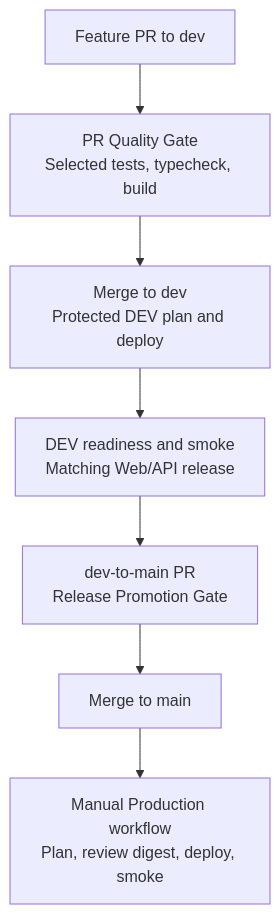
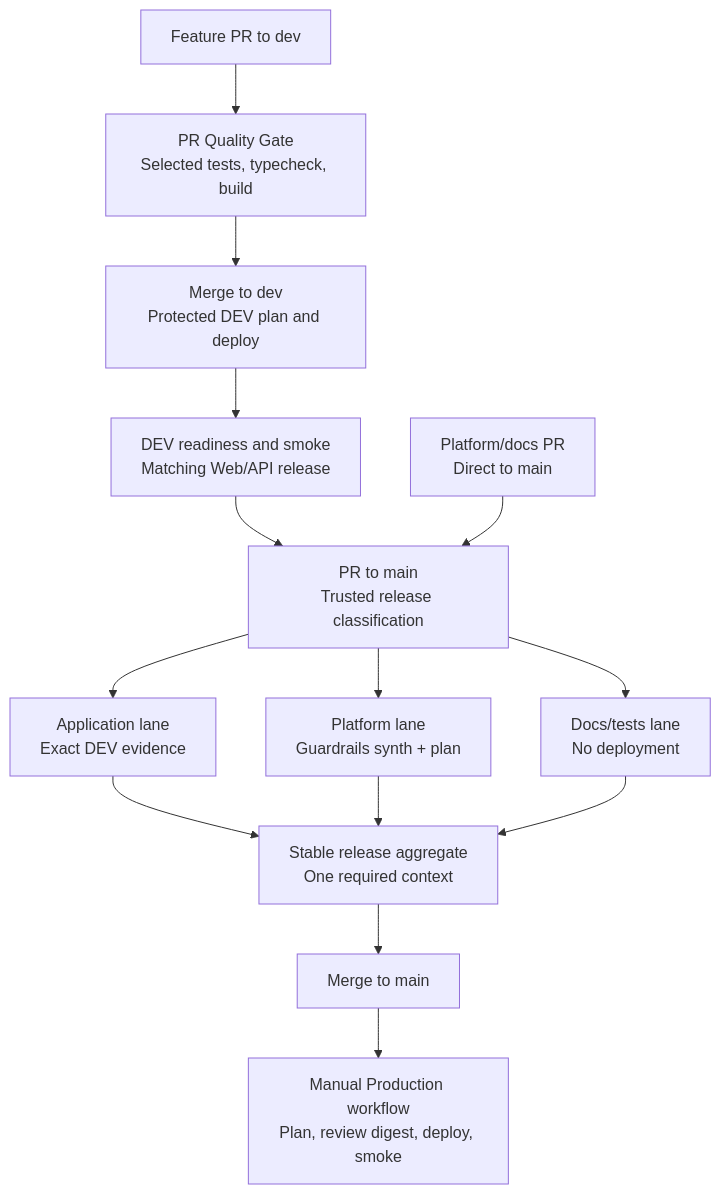
One commit to Shaobangzhu/chaoran-property-intelligence changed the third of 4 diagrams in README.md. Above: the diagram before and after it, drawn with Mermaid. The commit also changed other lines of this file and 9 other files, not shown here.

Commit message:
feat(ci): finalize release gate bootstrap and rollout policy

````diff
--- a/README.md
+++ b/README.md
@@ -246,12 +247,22 @@
 ```mermaid
 flowchart TD
     Feature["Feature PR to dev"]
     Quality["PR Quality Gate<br/>Selected tests, typecheck, build"]
     Dev["Merge to dev<br/>Protected DEV plan and deploy"]
     Verify["DEV readiness and smoke<br/>Matching Web/API release"]
-    Promote["dev-to-main PR<br/>Release Promotion Gate"]
+    Classify["PR to main<br/>Trusted release classification"]
+    Direct["Platform/docs PR<br/>Direct to main"]
+    Promote["Stable release aggregate<br/>One required context"]
+    Application["Application lane<br/>Exact DEV evidence"]
+    Platform["Platform lane<br/>Guardrails synth + plan"]
+    Docs["Docs/tests lane<br/>No deployment"]
     Main["Merge to main"]
     Prod["Manual Production workflow<br/>Plan, review digest, deploy, smoke"]
 
-    Feature --> Quality --> Dev --> Verify --> Promote --> Main --> Prod
+    Feature --> Quality --> Dev --> Verify --> Classify
+    Direct --> Classify
+    Classify --> Application --> Promote
+    Classify --> Platform --> Promote
+    Classify --> Docs --> Promote
+    Promote --> Main --> Prod
 ```
````
